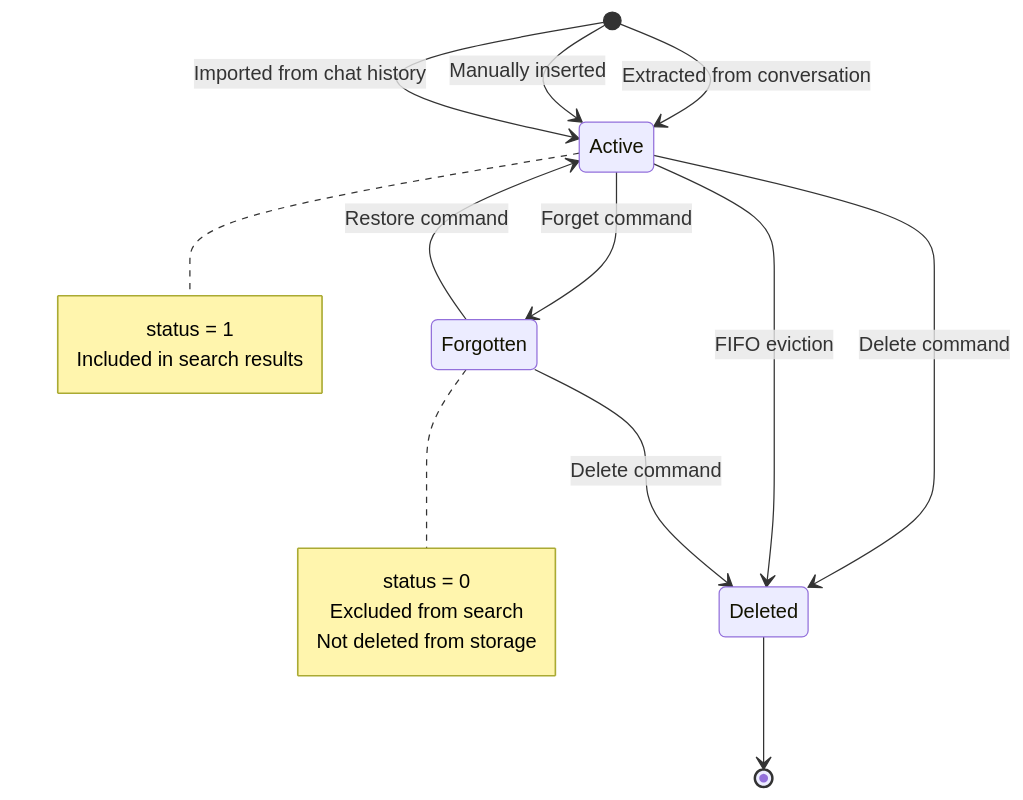
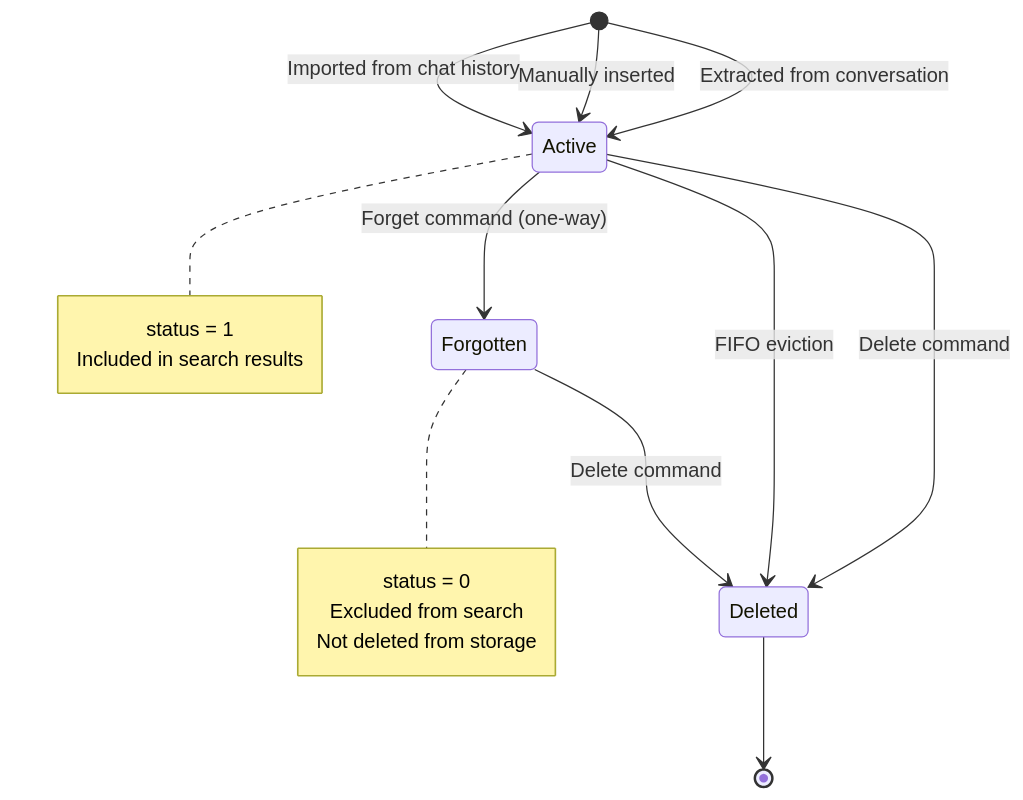
One commit to b-knowledge-solution/b-knowledge changed the second of 5 diagrams in docs/detail-design/memory-overview.md. Above: the diagram before and after it, drawn with Mermaid. The commit also changed other lines of this file and 9 other files, not shown here.

````diff
--- a/docs/detail-design/memory-overview.md
+++ b/docs/detail-design/memory-overview.md
@@ -140,26 +140,25 @@
 ```mermaid
 stateDiagram-v2
     [*] --> Active: Extracted from conversation
     [*] --> Active: Manually inserted
     [*] --> Active: Imported from chat history
 
-    Active --> Forgotten: Forget command
-    Forgotten --> Active: Restore command
+    Active --> Forgotten: Forget command (one-way)
 
     Active --> Deleted: Delete command
     Active --> Deleted: FIFO eviction
     Forgotten --> Deleted: Delete command
 
     Deleted --> [*]
 
     note right of Active
         status = 1
         Included in search results
     end note
 
     note right of Forgotten
         status = 0
         Excluded from search
         Not deleted from storage
     end note
 ```
````
